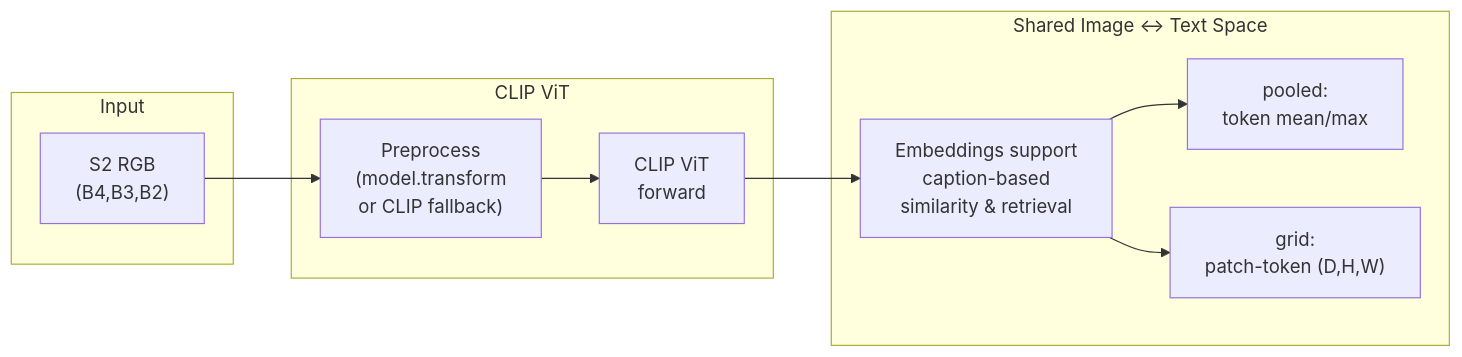
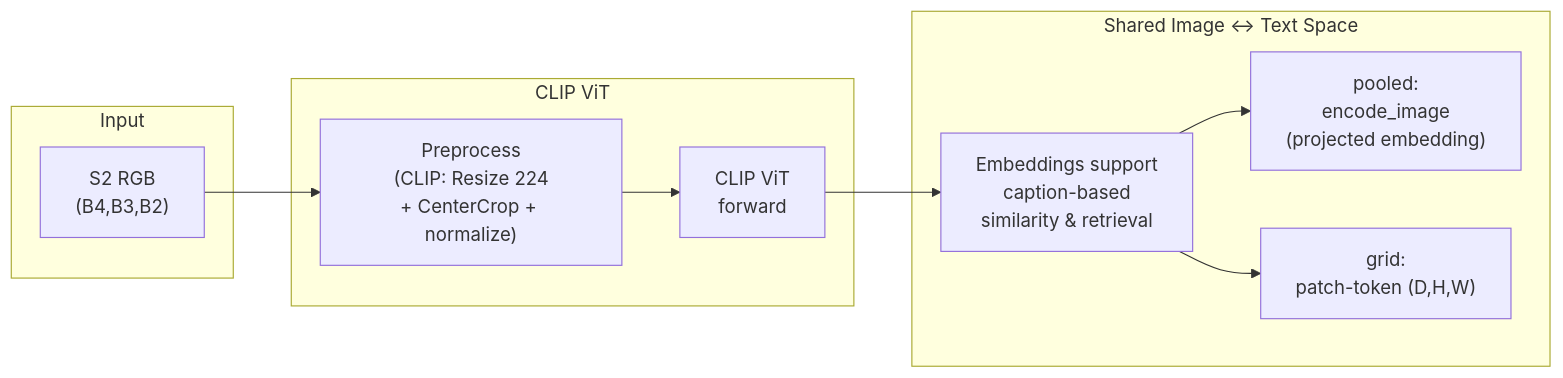
Before and after one commit to cybergis/rs-embed: the second of 2 diagrams in docs/models/remoteclip.md, drawn with Mermaid. The commit also changed other lines of this file and 8 other files, not shown here.

````diff
--- a/docs/models/remoteclip.md
+++ b/docs/models/remoteclip.md
@@ -61,15 +66,15 @@
 ```mermaid
 flowchart LR
     subgraph Input
         RGB["S2 RGB\n(B4,B3,B2)"]
     end
     subgraph "CLIP ViT"
-        RGB --> PRE["Preprocess\n(model.transform\nor CLIP fallback)"]
+        RGB --> PRE["Preprocess\n(CLIP: Resize 224\n+ CenterCrop + normalize)"]
         PRE --> FWD["CLIP ViT\nforward"]
     end
     subgraph "Shared Image ↔ Text Space"
         FWD --> EMB["Embeddings support\ncaption-based\nsimilarity & retrieval"]
-        EMB --> POOL["pooled:\ntoken mean/max"]
+        EMB --> POOL["pooled:\nencode_image\n(projected embedding)"]
         EMB --> GRID["grid:\npatch-token (D,H,W)"]
     end
 ```
````
